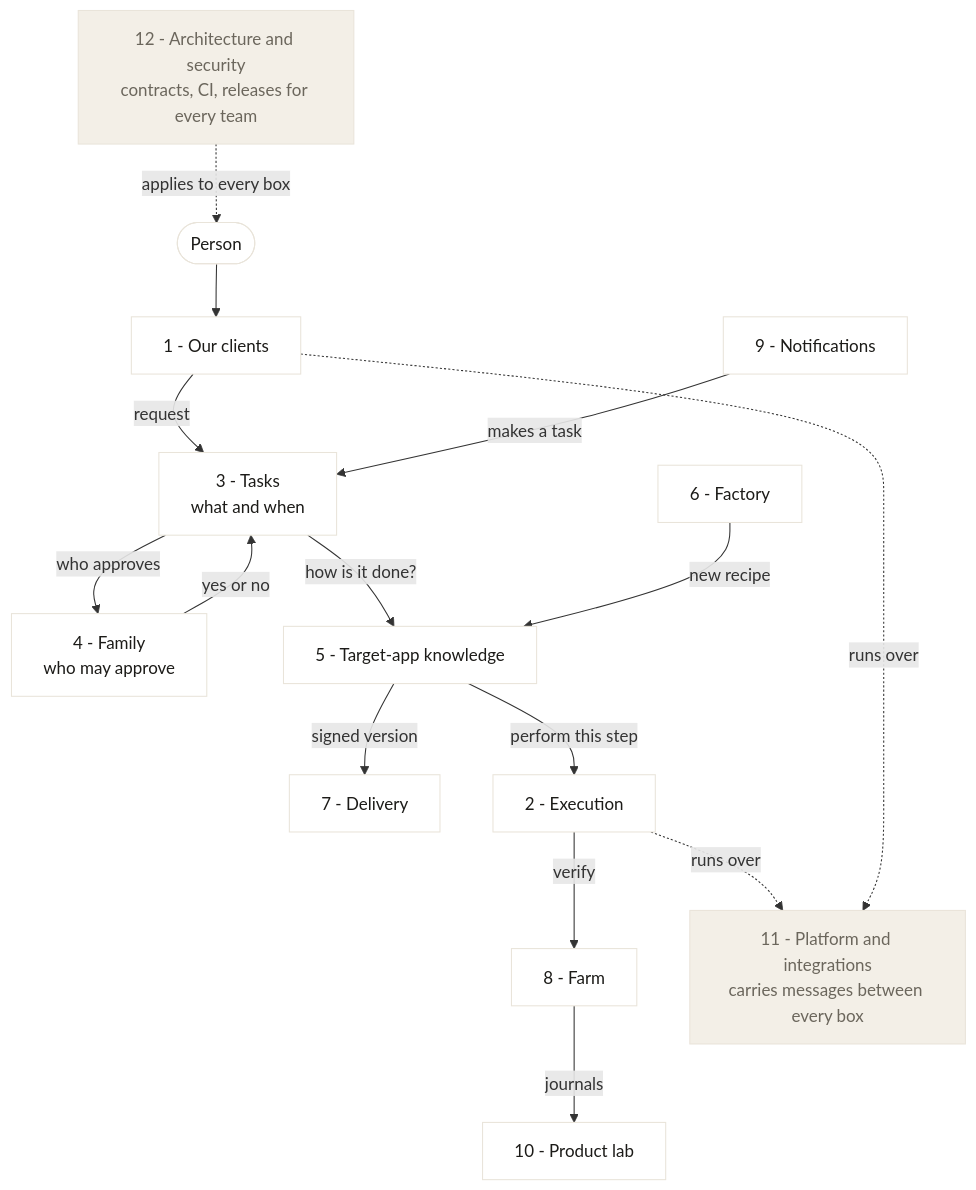
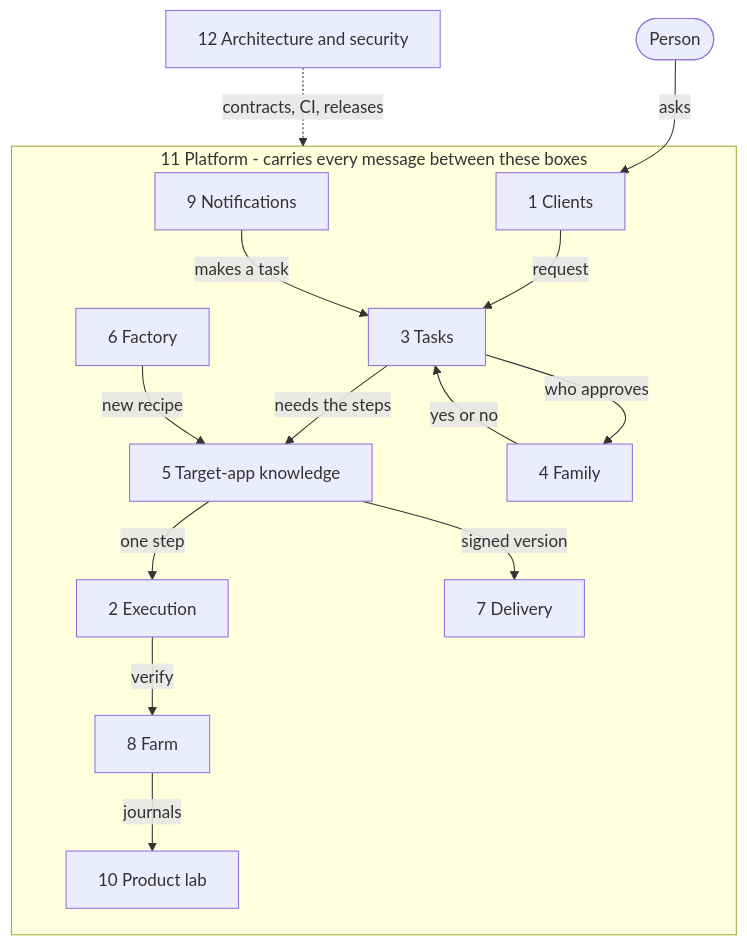
One commit to ChayaLevi/hopa changed the diagram in docs/project/operations/teams.md. Above: the diagram before and after it, drawn with Mermaid. The commit also changed other lines of this file, not shown here.

Commit message:
docs(teams): redraw the brick map so it reads at a glance
Short one-line labels replace the two-line labels, which some renderers show as run-together text; the platform becomes a band around the boxes instead of two crossing dotted edges, and the caption says what the arrows and the band mean.

````diff
--- a/docs/project/operations/teams.md
+++ b/docs/project/operations/teams.md
@@ -63,36 +63,31 @@
 ```mermaid
 flowchart TB
-    arch["12 - Architecture and security<br/>contracts, CI, releases for every team"]
     person(["Person"])
-    clients["1 - Our clients"]
-    tasks["3 - Tasks<br/>what and when"]
-    family["4 - Family<br/>who may approve"]
-    notifications["9 - Notifications"]
-    knowledge["5 - Target-app knowledge"]
-    factory["6 - Factory"]
-    delivery["7 - Delivery"]
-    execution["2 - Execution"]
-    farm["8 - Farm"]
-    lab["10 - Product lab"]
-    platform["11 - Platform and integrations<br/>carries messages between every box"]
+    arch["12 Architecture and security"]
 
-    arch -. applies to every box .-> person
-    person --> clients
+    subgraph platform["11 Platform - carries every message between these boxes"]
+        clients["1 Clients"]
+        tasks["3 Tasks"]
+        knowledge["5 Target-app knowledge"]
+        execution["2 Execution"]
+        farm["8 Farm"]
+        lab["10 Product lab"]
+        family["4 Family"]
+        notes["9 Notifications"]
+        factory["6 Factory"]
+        delivery["7 Delivery"]
+    end
+
+    person -->|asks| clients
     clients -->|request| tasks
-    notifications -->|makes a task| tasks
+    notes -->|makes a task| tasks
     tasks -->|who approves| family
     family -->|yes or no| tasks
-    tasks -->|how is it done?| knowledge
+    tasks -->|needs the steps| knowledge
     factory -->|new recipe| knowledge
     knowledge -->|signed version| delivery
-    knowledge -->|perform this step| execution
+    knowledge -->|one step| execution
     execution -->|verify| farm
     farm -->|journals| lab
-    execution -. runs over .-> platform
-    clients -. runs over .-> platform
-
-    classDef band fill:#F3EFE7,stroke:#E9E4DA,color:#6B665C
-    classDef plain fill:#FFFFFF,stroke:#E9E4DA,color:#1C1B18
-    class arch,platform band
-    class person,clients,tasks,family,notifications,knowledge,factory,delivery,execution,farm,lab plain
+    arch -.->|contracts, CI, releases| platform
 ```
````
